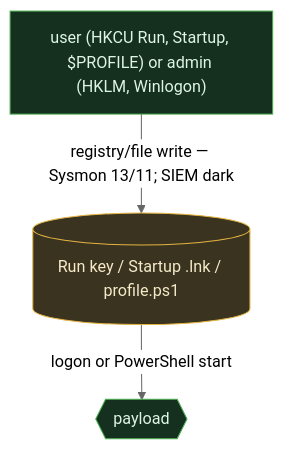
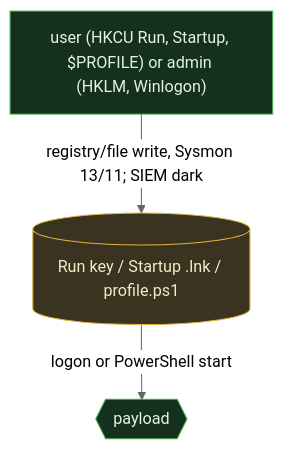
One commit to iimp0ster/os-internals-de-guide changed the second of 4 diagrams in src/persistence/03-login-shell-hooks.md. Above: the diagram before and after it, drawn with Mermaid (neutral theme). The commit also changed other lines of this file and 53 other files, not shown here.

````diff
--- a/src/persistence/03-login-shell-hooks.md
+++ b/src/persistence/03-login-shell-hooks.md
@@ -54,7 +51,7 @@
 ```mermaid
 flowchart TB
-    P["user (HKCU Run, Startup, $PROFILE) or admin (HKLM, Winlogon)"]:::seen -->|"registry/file write — Sysmon 13/11; SIEM dark"| CFG[("Run key / Startup .lnk / profile.ps1")]:::part
+    P["user (HKCU Run, Startup, $PROFILE) or admin (HKLM, Winlogon)"]:::seen -->|"registry/file write, Sysmon 13/11; SIEM dark"| CFG[("Run key / Startup .lnk / profile.ps1")]:::part
     CFG -->|"logon or PowerShell start"| PAY{{"payload"}}:::seen
     classDef seen fill:#15301f,stroke:#4caf50,color:#dff5e4;
     classDef part fill:#3a3320,stroke:#e2b341,color:#f5e9c8;
 ```
````
